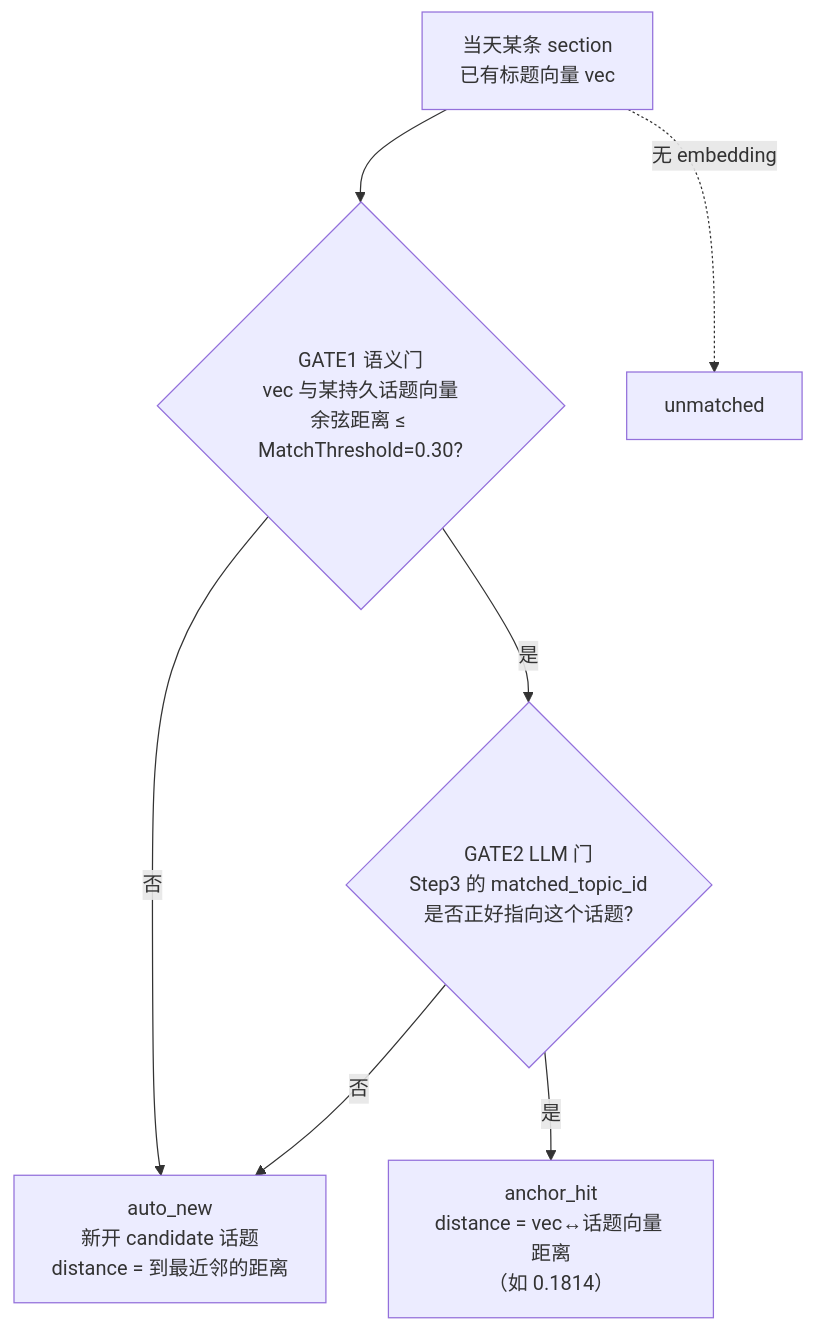
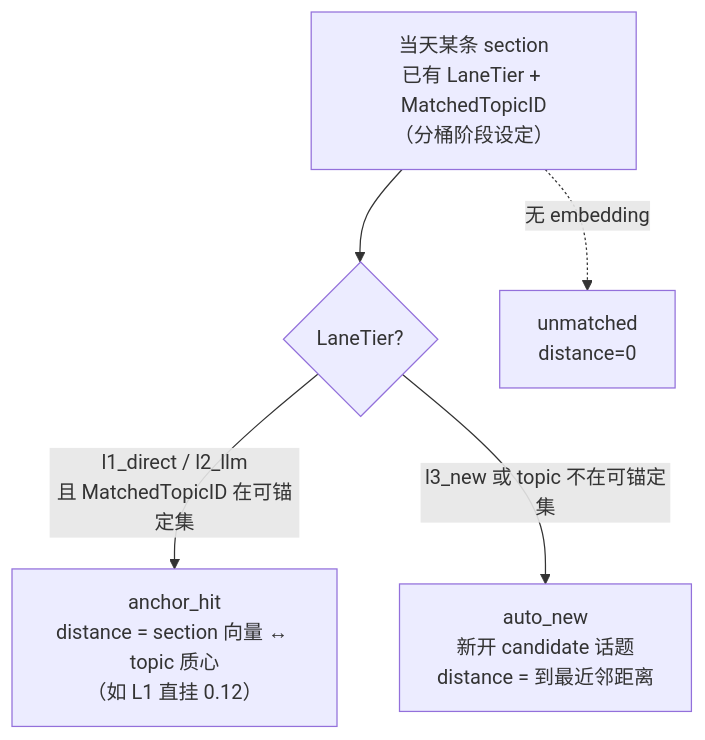
Before and after one commit to ZanebonoAlter/my-robot: the second of 2 diagrams in docs/reference/flow/daily-report.md, drawn with Mermaid. The commit also changed other lines of this file and 3 other files, not shown here.

````diff
--- a/docs/reference/flow/daily-report.md
+++ b/docs/reference/flow/daily-report.md
@@ -68,10 +72,7 @@
 ```mermaid
 flowchart TD
-  SEC[当天某条 section<br/>已有标题向量 vec] --> G1{GATE1 语义门<br/>vec 与某持久话题向量<br/>余弦距离 ≤ MatchThreshold=0.30?}
-  G1 -->|否| AUTO
-  G1 -->|是| G2{GATE2 LLM 门<br/>Step3 的 matched_topic_id<br/>是否正好指向这个话题?}
-  G2 -->|否| AUTO
-  G2 -->|是| HIT["anchor_hit<br/>distance = vec↔话题向量 距离<br/>（如 0.1814）"]
-  AUTO["auto_new<br/>新开 candidate 话题<br/>distance = 到最近邻的距离"]
-  SEC -.无 embedding.-> UN[unmatched]
+  SEC[当天某条 section<br/>已有 LaneTier + MatchedTopicID<br/>（分桶阶段设定）] --> L{LaneTier?}
+  L -->|l1_direct / l2_llm<br/>且 MatchedTopicID 在可锚定集| HIT["anchor_hit<br/>distance = section 向量 ↔ topic 质心<br/>（如 L1 直挂 0.12）"]
+  L -->|l3_new 或 topic 不在可锚定集| AUTO["auto_new<br/>新开 candidate 话题<br/>distance = 到最近邻距离"]
+  SEC -.无 embedding.-> UN[unmatched<br/>distance=0]
 ```
````
